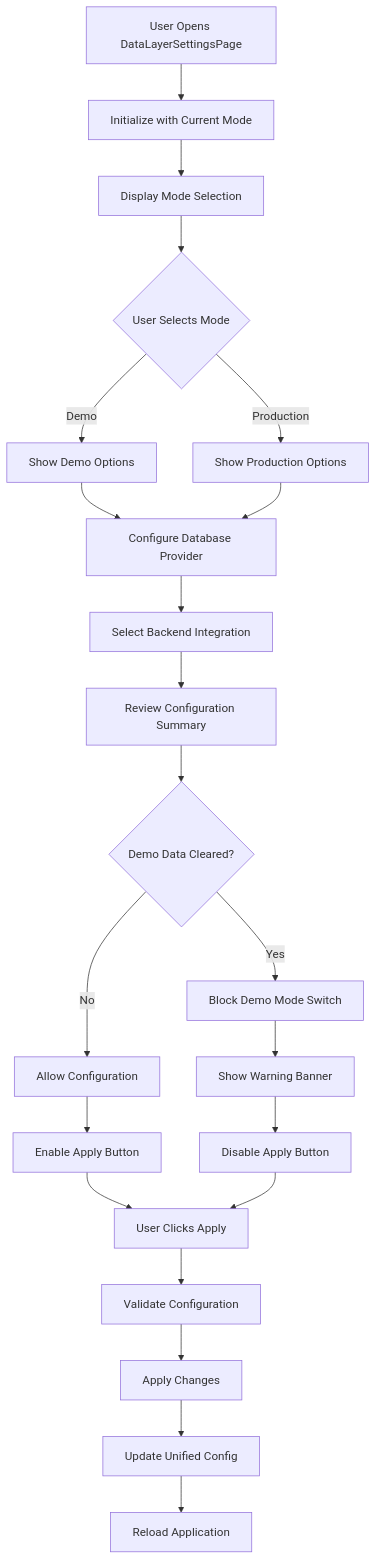
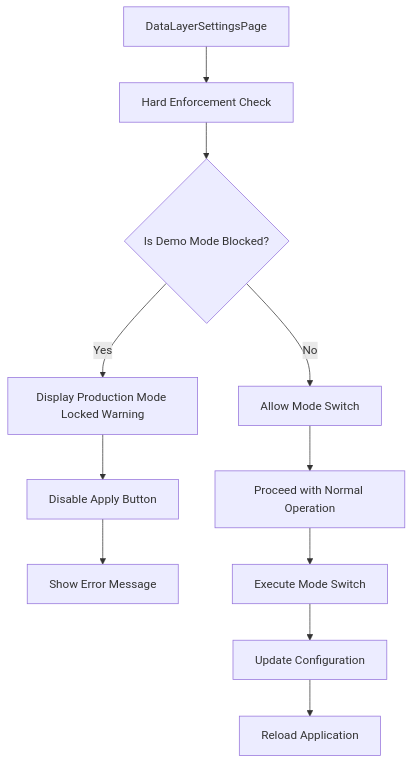
One commit to geniusdynamics/schoolpilot changed the eighth of 10 diagrams in .qoder/repowiki/en/content/Modules System/Settings Module.md. Above: the diagram before and after it, drawn with Mermaid. The commit also changed other lines of this file and 311 other files, not shown here.

````diff
--- a/.qoder/repowiki/en/content/Modules System/Settings Module.md
+++ b/.qoder/repowiki/en/content/Modules System/Settings Module.md
@@ -388,24 +361,13 @@
 ```mermaid
 flowchart TD
-A[User Opens DataLayerSettingsPage] --> B[Initialize with Current Mode]
-B --> C[Display Mode Selection]
-C --> D{User Selects Mode}
-D --> |Demo| E[Show Demo Options]
-D --> |Production| F[Show Production Options]
-E --> G[Configure Database Provider]
-F --> G
-G --> H[Select Backend Integration]
-H --> I[Review Configuration Summary]
-I --> J{Demo Data Cleared?}
-J --> |Yes| K[Block Demo Mode Switch]
-J --> |No| L[Allow Configuration]
-K --> M[Show Warning Banner]
-L --> N[Enable Apply Button]
-M --> O[Disable Apply Button]
-N --> P[User Clicks Apply]
-O --> P
-P --> Q[Validate Configuration]
-Q --> R[Apply Changes]
-R --> S[Update Unified Config]
-S --> T[Reload Application]
+A[DataLayerSettingsPage] --> B[Hard Enforcement Check]
+B --> C{Is Demo Mode Blocked?}
+C --> |Yes| D[Display Production Mode Locked Warning]
+C --> |No| E[Allow Mode Switch]
+D --> F[Disable Apply Button]
+E --> G[Proceed with Normal Operation]
+F --> H[Show Error Message]
+G --> I[Execute Mode Switch]
+I --> J[Update Configuration]
+J --> K[Reload Application]
 ```
````
